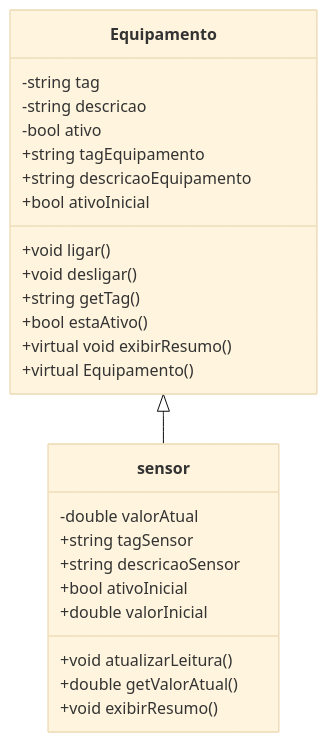
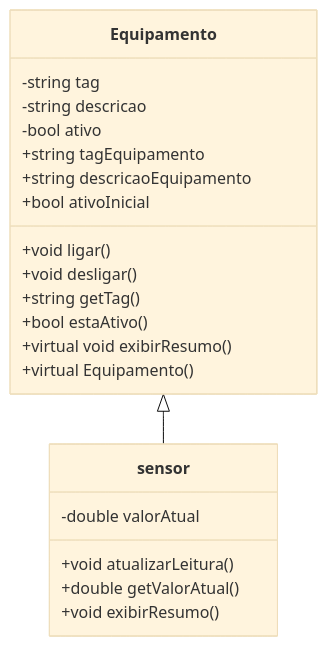
Before and after one commit to RafaelEmerick-POO/cria-o-de-uml-leandrolingueta_team: the diagram in UML.md, drawn with Mermaid (base theme).

Commit message:
codigo arrumado e certo

````diff
--- a/UML.md
+++ b/UML.md
@@ -10,31 +10,27 @@
 ```mermaid
 classDiagram
 
 Equipamento <|-- sensor
 
 class Equipamento {
     -string tag
     -string descricao
     -bool ativo
     +string tagEquipamento
     +string descricaoEquipamento
     +bool ativoInicial
     +void ligar()
     +void desligar()
     +string getTag()
     +bool estaAtivo()
     +virtual void exibirResumo()
     +virtual Equipamento()
 }
 
 class sensor{
     -double valorAtual
-    +string tagSensor
-    +string descricaoSensor
-    +bool ativoInicial
-    +double valorInicial
     +void atualizarLeitura()
     +double getValorAtual()
     +void exibirResumo()
 }
 ```
````
